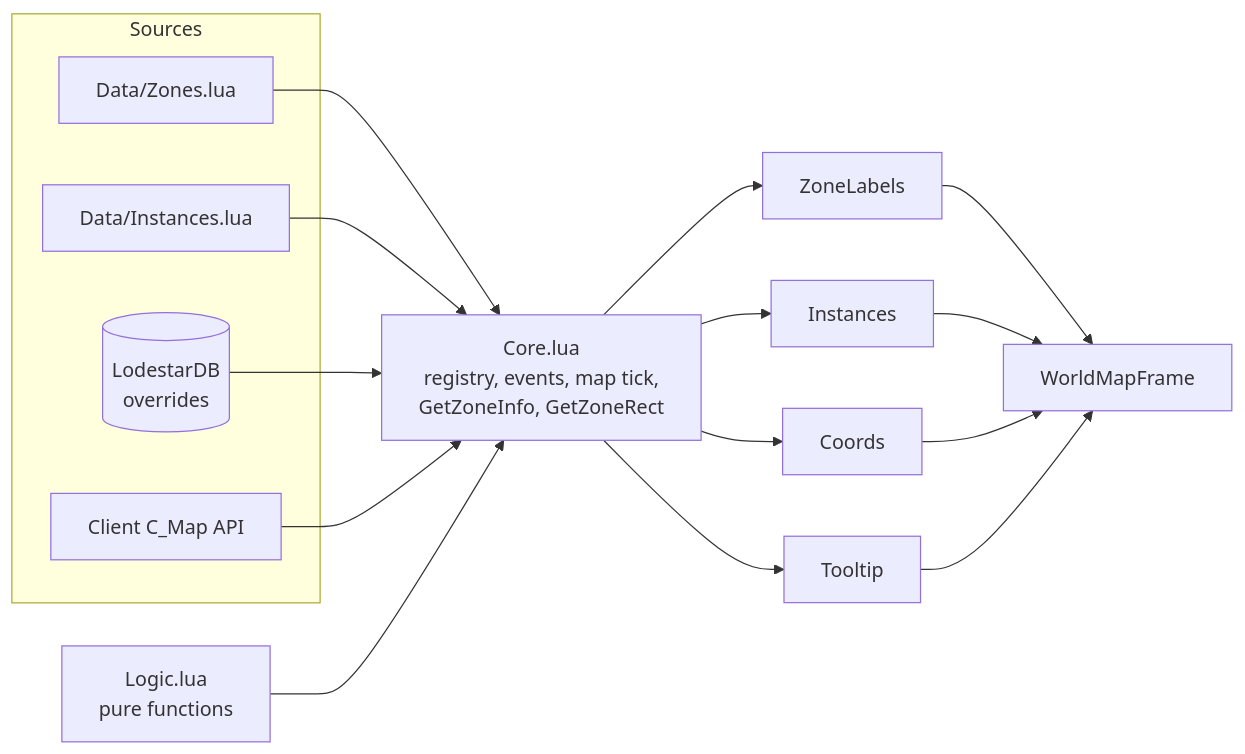
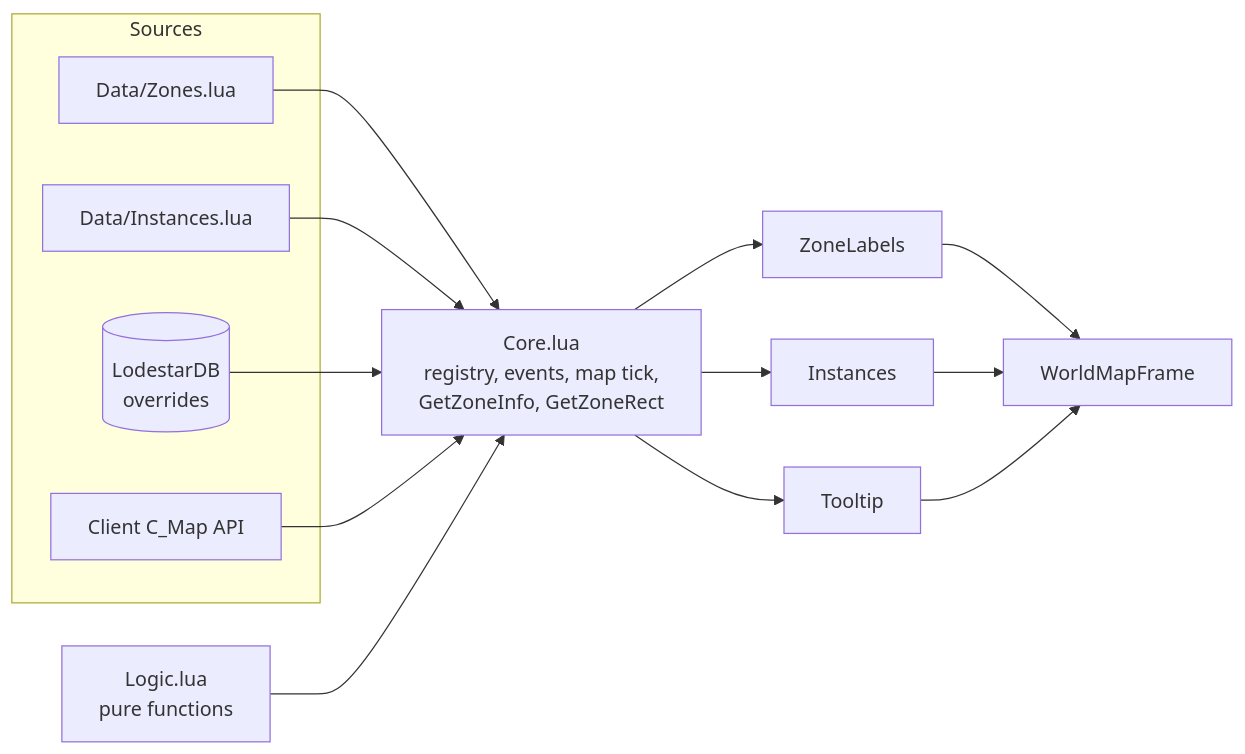
One commit to lcellentani/wow-lodestar changed the diagram in docs/Lodestar – WoW Forever Map Addon Design Doc.md. Above: the diagram before and after it, drawn with Mermaid. The commit also changed other lines of this file and 2 other files, not shown here.

````diff
--- a/docs/Lodestar – WoW Forever Map Addon Design Doc.md
+++ b/docs/Lodestar – WoW Forever Map Addon Design Doc.md
@@ -89,24 +88,22 @@
 ```mermaid
 flowchart LR
   subgraph Sources
     Z[Data/Zones.lua]
     I[Data/Instances.lua]
     DB[(LodestarDB<br/>overrides)]
     API[Client C_Map API]
   end
   L[Logic.lua<br/>pure functions]
   C[Core.lua<br/>registry, events, map tick,<br/>GetZoneInfo, GetZoneRect]
   Z --> C
   I --> C
   DB --> C
   API --> C
   L --> C
   C --> ZL[ZoneLabels]
   C --> IN[Instances]
-  C --> CO[Coords]
   C --> TT[Tooltip]
   ZL --> M[WorldMapFrame]
   IN --> M
-  CO --> M
   TT --> M
 ```
````
